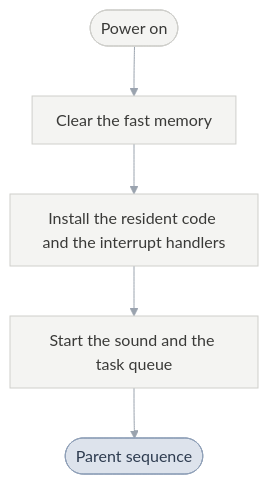
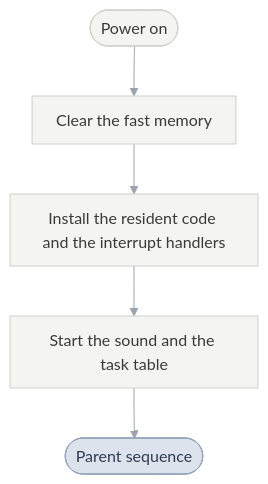
Before and after one commit to PascalPixel/alchemy: the second of 9 diagrams in games/tbs/README.md, drawn with Mermaid. The commit also changed other lines of this file and 9 other files, not shown here.

````diff
--- a/games/tbs/README.md
+++ b/games/tbs/README.md
@@ -86,14 +86,14 @@
 ```mermaid
 %%{init: {"theme": "base", "themeVariables": {"lineColor": "#9AA3AE", "edgeLabelBackground": "#FFFFFF"}, "flowchart": {"curve": "basis", "padding": 12}}}%%
 flowchart TD
   power(["Power on"]) --> memory["Clear the fast memory"] --> irq["Install the resident code and the interrupt handlers"]
-  irq --> services["Start the sound and the task queue"] --> seq(["Parent sequence"])
+  irq --> services["Start the sound and the task table"] --> seq(["Parent sequence"])
   classDef parentSequence fill:#DDE3EC,stroke:#8FA0B8,color:#2E3C50
   classDef sceneSequence fill:#D2EEF3,stroke:#7FC3D0,color:#1E5966
   classDef battle fill:#F6D5D2,stroke:#D9928B,color:#8A2A22
   classDef sceneLoop fill:#D3EBD9,stroke:#8DC49E,color:#25603A
   classDef request fill:#FBE7C6,stroke:#E0B46A,color:#7A5212
   classDef step fill:#F4F4F2,stroke:#CFCFCB,color:#3A3A38
   class seq parentSequence
   class power,memory,irq,services step
 ```
````
